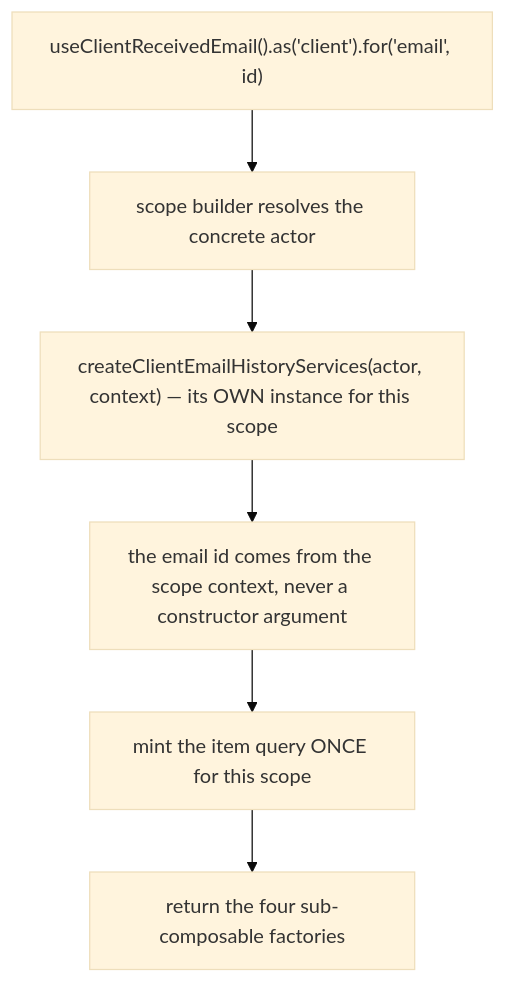
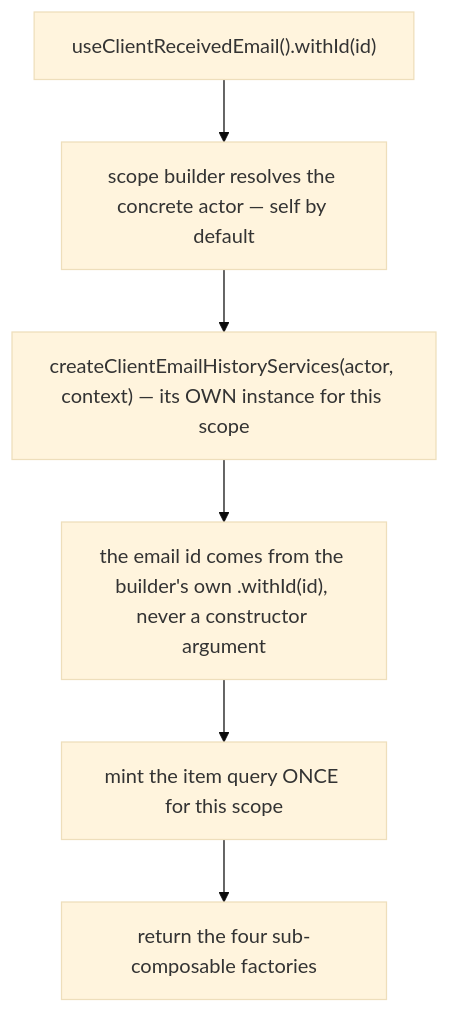
The second of 3 diagrams in packages/headless/src/modules/client-email-history/docs/architecture.md (upmind/upmind-ui), drawn with Mermaid (base theme) before and after one commit. The commit also changed other lines of this file and 6 other files, not shown here.

First line of the commit message:
docs(client-email-history): re-teach the single read as .withId(id), self by default

````diff
--- a/packages/headless/src/modules/client-email-history/docs/architecture.md
+++ b/packages/headless/src/modules/client-email-history/docs/architecture.md
@@ -35,8 +35,8 @@
 ```mermaid
 flowchart TD
-  call["useClientReceivedEmail().as('client').for('email', id)"] --> resolve["scope builder resolves the concrete actor"]
+  call["useClientReceivedEmail().withId(id)"] --> resolve["scope builder resolves the concrete actor — self by default"]
   resolve --> services["createClientEmailHistoryServices(actor, context) — its OWN instance for this scope"]
-  services --> emailid["the email id comes from the scope context, never a constructor argument"]
+  services --> emailid["the email id comes from the builder's own .withId(id), never a constructor argument"]
   emailid --> mint["mint the item query ONCE for this scope"]
   mint --> ready["return the four sub-composable factories"]
 ```
````
